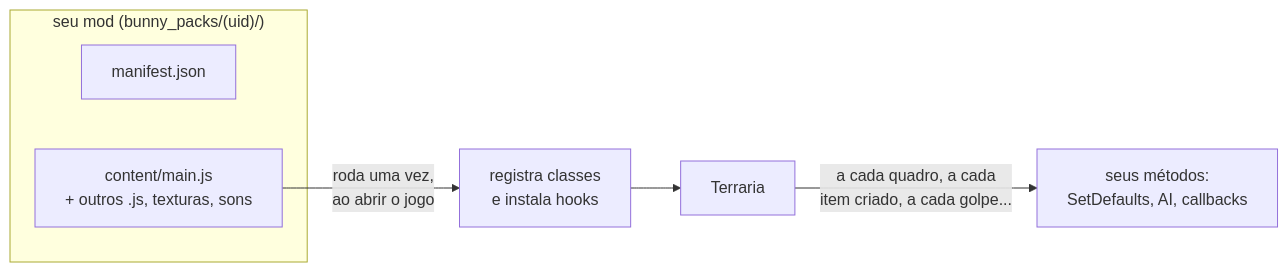
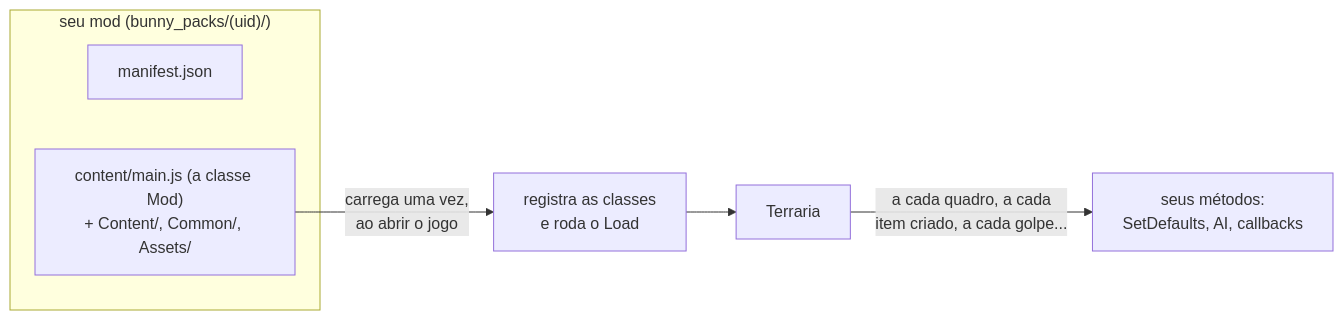
Before and after one commit to JonataOliveiraa/Bunny-Loader: the diagram in docs/mods/README.md, drawn with Mermaid. The commit also changed other lines of this file and 4 other files, not shown here.

````diff
--- a/docs/mods/README.md
+++ b/docs/mods/README.md
@@ -16,10 +18,10 @@
 ```mermaid
 flowchart LR
     subgraph Pacote["seu mod (bunny_packs/(uid)/)"]
         M["manifest.json"]
-        J["content/main.js<br/>+ outros .js, texturas, sons"]
+        J["content/main.js (a classe Mod)<br/>+ Content/, Common/, Assets/"]
     end
-    J -- "roda uma vez,<br/>ao abrir o jogo" --> R["registra classes<br/>e instala hooks"]
+    J -- "carrega uma vez,<br/>ao abrir o jogo" --> R["registra as classes<br/>e roda o Load"]
     R --> G["Terraria"]
     G -- "a cada quadro, a cada<br/>item criado, a cada golpe..." --> C["seus métodos:<br/>SetDefaults, AI, callbacks"]
 ```
````
